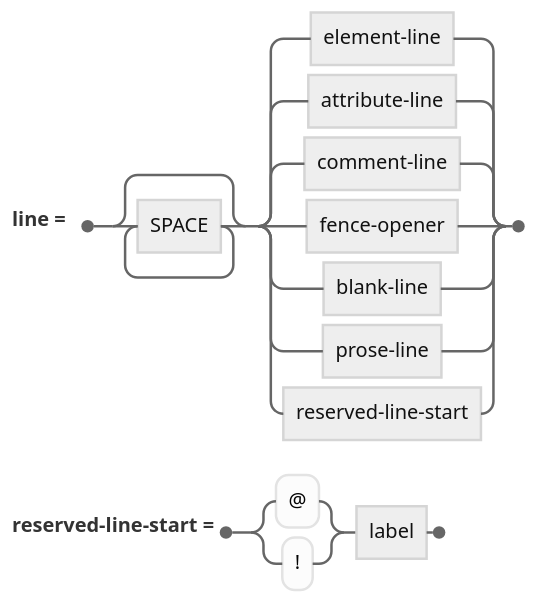
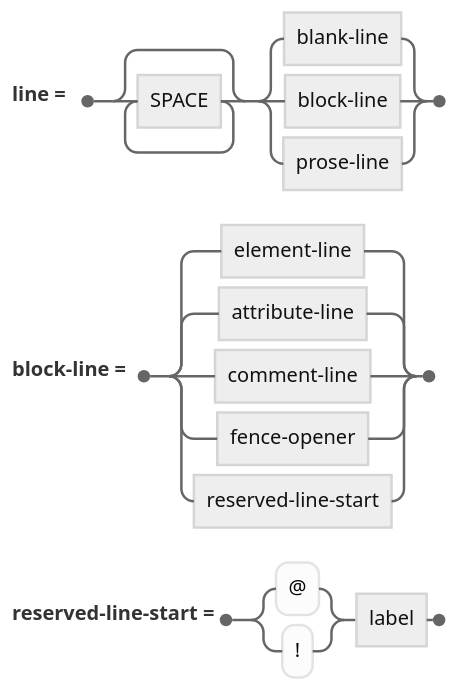
One commit to v2-io/udon changed the first of 9 diagrams in v2/spec-lite-0.1.0/.int/railroad-2026-10-21.md. Above: the diagram before and after it, drawn with Mermaid (neutral theme). The commit also changed other lines of this file and 1 other file, not shown here.

Commit message:
spec-lite-0.1.0: railroad section 1 as blank / block-line / prose (Joseph's proposal, 2026-10-21); block-line groups the block-form line kinds; sameline kept as the region; verbatim recorded
Claude-Session: https://claude.ai/code/session_014uHM6yNW767ksMmVtWt7Sn

````diff
--- a/v2/spec-lite-0.1.0/.int/railroad-2026-10-21.md
+++ b/v2/spec-lite-0.1.0/.int/railroad-2026-10-21.md
@@ -11,8 +11,10 @@
 ```mermaid
 railroad-peg-beta
 title "A line"
-line <- SPACE* (element-line / attribute-line / comment-line / fence-opener / blank-line / prose-line / reserved-line-start) ;
-%% SPACE* is the line's column. A TAB or other non-space whitespace there is an error ([[rule:column-shifting-whitespace-error]]); U+00A0 counts as a space with a default-off warning ([[rule:no-break-space-counts-as-space]]).
+line <- SPACE* (blank-line / block-line / prose-line) ;
+%% SPACE* is the line's column. A TAB or other non-space whitespace there is an error ([[rule:column-shifting-whitespace-error]]); U+00A0 counts as a space with a default-off warning ([[rule:no-break-space-counts-as-space]]). Ordered choice: a line that is not blank and does not start with a block form is prose.
+block-line <- element-line / attribute-line / comment-line / fence-opener / reserved-line-start ;
+%% a line that starts with a block form ([[def:block-form]]); Joseph's proposed term, 2026-10-21 ("blockline"). Element and attribute lines recurse through their sameline (section 3); a comment line swallows its rest and its deeper lines (section 9); a fence opener's rest is an element head plus sameline, then the body runs to the closer (section 7)
 reserved-line-start <- ("@" / "!") label ;
-%% error: a prose line starting with a reference or directive spelling is reserved ([[rule:prose-line-start-reserved]]). Escaped with a leading backslash it is prose ([[rule:line-start-escape]]).
+%% error: a line starting with a reference or directive spelling is reserved ([[rule:prose-line-start-reserved]]). Escaped with a leading backslash it is not a block start and falls through to prose ([[rule:line-start-escape]])
 ```
````
